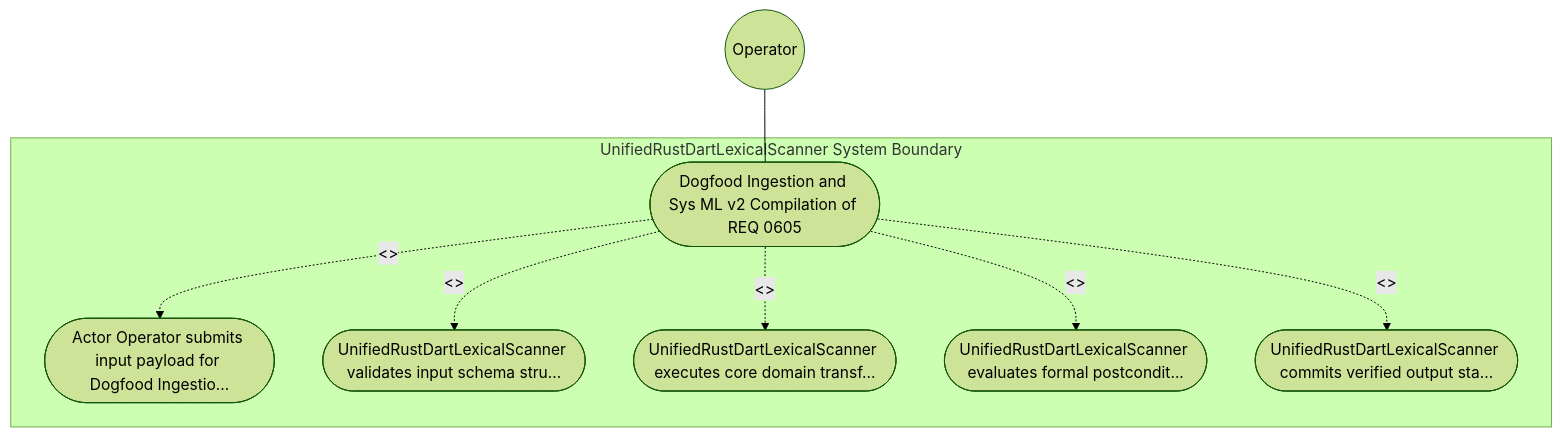
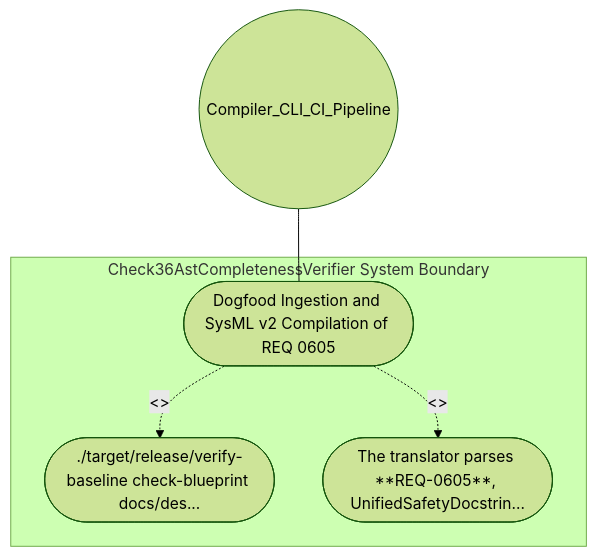
Before and after one commit to gintatkinson/DEAP01-spec-core: the diagram in .pipeline/upstream/docs/use-cases/UC-25-Dogfood_Ingestion_and_SysML_v2_Compilation_of_REQ_0605.md, drawn with Mermaid (forest theme). The commit also changed other lines of this file and 213 other files, not shown here.

Commit message:
fix(upstream): regenerate blueprint sidecars, upstream dogfood specs, and GitHub backlog (refs #691, #692, #693, #694, #695, #696, #697, #698, #699)

````diff
--- a/.pipeline/upstream/docs/use-cases/UC-25-Dogfood_Ingestion_and_SysML_v2_Compilation_of_REQ_0605.md
+++ b/.pipeline/upstream/docs/use-cases/UC-25-Dogfood_Ingestion_and_SysML_v2_Compilation_of_REQ_0605.md
@@ -16,17 +16,11 @@
 ```mermaid
 graph TD
-    subgraph "UnifiedRustDartLexicalScanner System Boundary"
-        UC_Main(["Dogfood Ingestion and Sys ML v2 Compilation of REQ 0605"])
-        UC_Step01(["Actor Operator submits input payload for Dogfood Ingestio..."])
-        UC_Step02(["UnifiedRustDartLexicalScanner validates input schema stru..."])
-        UC_Step03(["UnifiedRustDartLexicalScanner executes core domain transf..."])
-        UC_Step04(["UnifiedRustDartLexicalScanner evaluates formal postcondit..."])
-        UC_Step05(["UnifiedRustDartLexicalScanner commits verified output sta..."])
+    subgraph "Check36AstCompletenessVerifier System Boundary"
+        UC_Main(["Dogfood Ingestion and SysML v2 Compilation of REQ 0605"])
+        UC_Step01(["./target/release/verify-baseline check-blueprint docs/des..."])
+        UC_Step02(["The translator parses **REQ-0605**, UnifiedSafetyDocstrin..."])
     end
-    Operator(("Operator")) --- UC_Main
+    Compiler_CLI_CI_Pipeline(("Compiler_CLI_CI_Pipeline")) --- UC_Main
     UC_Main -. "<<include>>" .-> UC_Step01
     UC_Main -. "<<include>>" .-> UC_Step02
-    UC_Main -. "<<include>>" .-> UC_Step03
-    UC_Main -. "<<include>>" .-> UC_Step04
-    UC_Main -. "<<include>>" .-> UC_Step05
 ```
````
